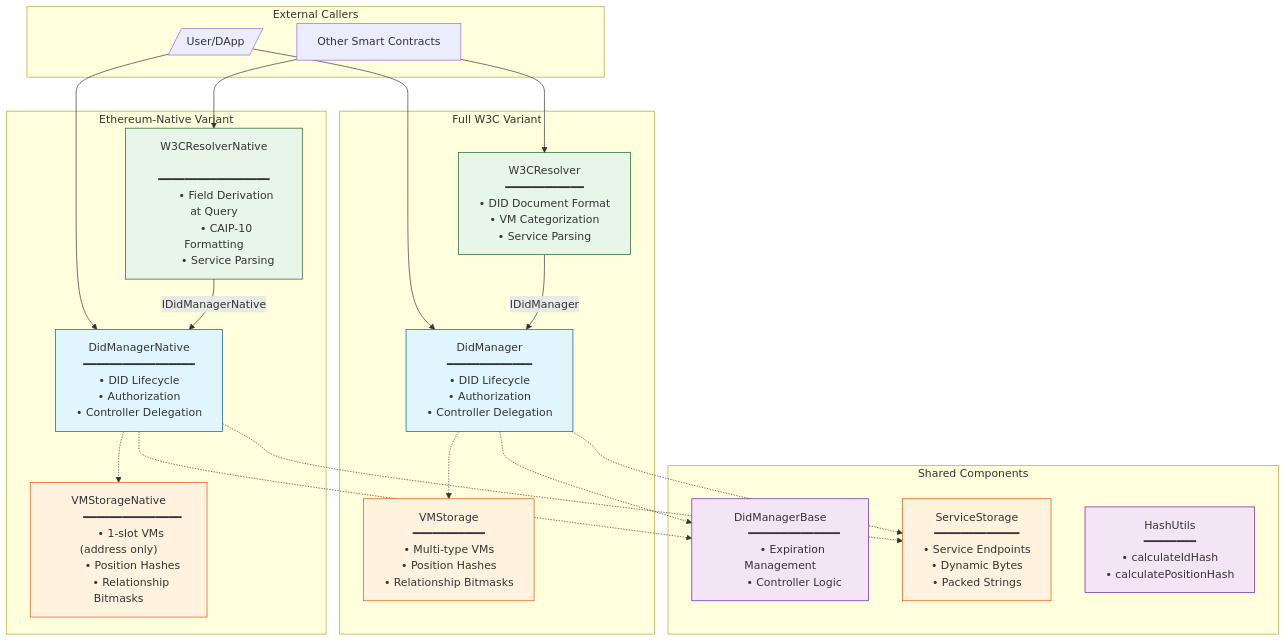
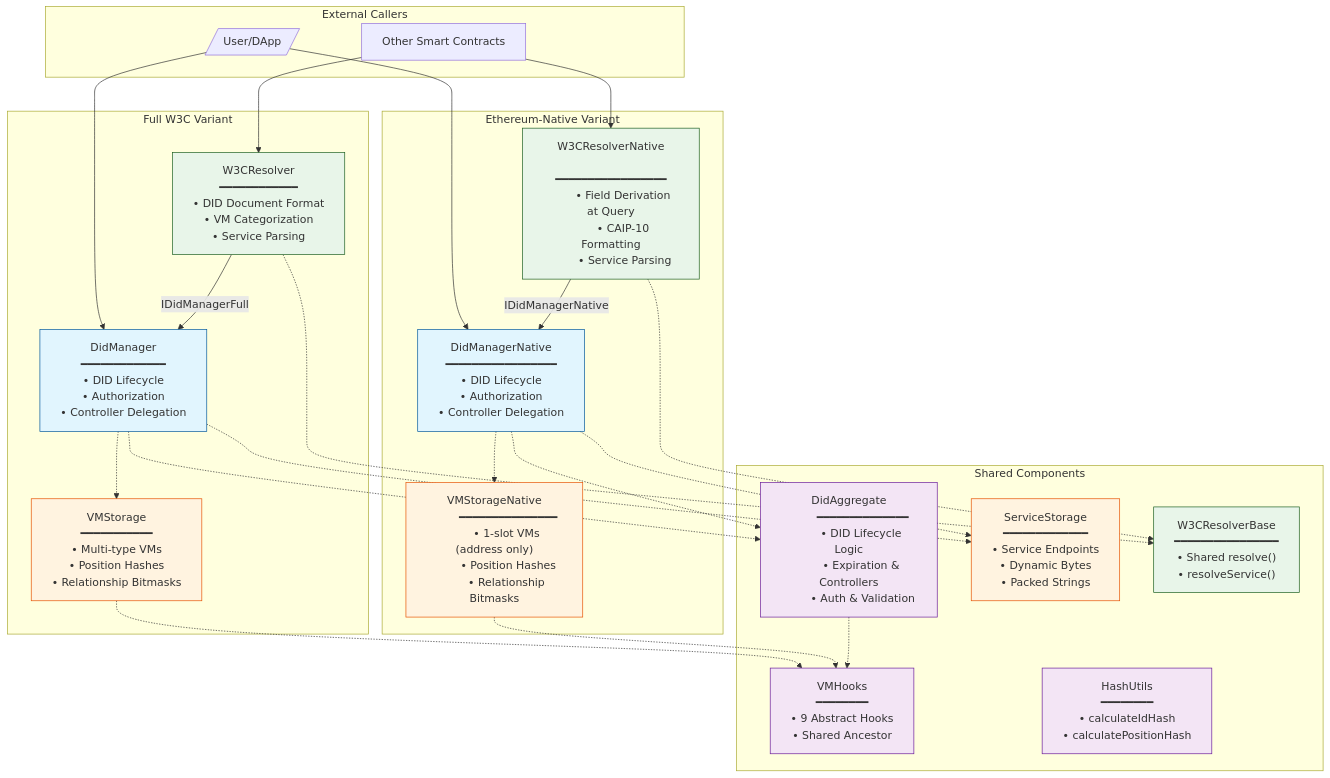
The second of 10 diagrams in PROJECT.md (MiguelLZPF/SSIoBC-did), drawn with Mermaid before and after one commit. The commit also changed other lines of this file and 28 other files, not shown here.

Commit message:
test(architecture): update tests and docs for v1.3.0 refactor

````diff
--- a/PROJECT.md
+++ b/PROJECT.md
@@ -276,10 +316,16 @@
     end
 
     subgraph Shared["Shared Components"]
-        DMB["DidManagerBase
+        DA["DidAggregate
         ━━━━━━━━━━━━━━
-        • Expiration Management
-        • Controller Logic"]
+        • DID Lifecycle Logic
+        • Expiration & Controllers
+        • Auth & Validation"]
+
+        VMH["VMHooks
+        ━━━━━━━━
+        • 9 Abstract Hooks
+        • Shared Ancestor"]
 
         SS["ServiceStorage
         ━━━━━━━━━━━━━
@@ -291,6 +337,11 @@
         ━━━━━━━━
         • calculateIdHash
         • calculatePositionHash"]
+
+        WRB["W3CResolverBase
+        ━━━━━━━━━━━━━━━━
+        • Shared resolve()
+        • resolveService()"]
     end
 
     User --> DM
@@ -298,21 +349,28 @@
     SC --> W3C
     SC --> W3CN
     DM -.-> VMS
-    DM -.-> DMB
+    DM -.-> DA
     DM -.-> SS
     DMN -.-> VMSN
-    DMN -.-> DMB
+    DMN -.-> DA
     DMN -.-> SS
-    W3C -->|"IDidManager"| DM
+    VMS -.-> VMH
+    VMSN -.-> VMH
+    DA -.-> VMH
+    W3C -->|"IDidManagerFull"| DM
     W3CN -->|"IDidManagerNative"| DMN
+    W3C -.-> WRB
+    W3CN -.-> WRB
 
     style DM fill:#e1f5fe,stroke:#01579b
     style DMN fill:#e1f5fe,stroke:#01579b
     style VMS fill:#fff3e0,stroke:#e65100
     style VMSN fill:#fff3e0,stroke:#e65100
     style SS fill:#fff3e0,stroke:#e65100
-    style DMB fill:#f3e5f5,stroke:#6a1b9a
+    style DA fill:#f3e5f5,stroke:#6a1b9a
+    style VMH fill:#f3e5f5,stroke:#6a1b9a
     style HU fill:#f3e5f5,stroke:#6a1b9a
+    style WRB fill:#e8f5e9,stroke:#1b5e20
     style W3C fill:#e8f5e9,stroke:#1b5e20
     style W3CN fill:#e8f5e9,stroke:#1b5e20
 ```
````
